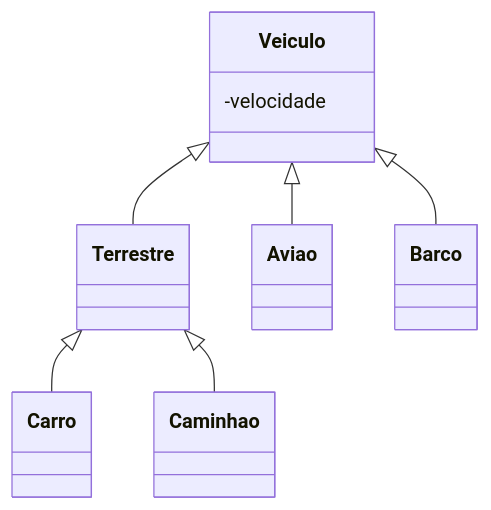
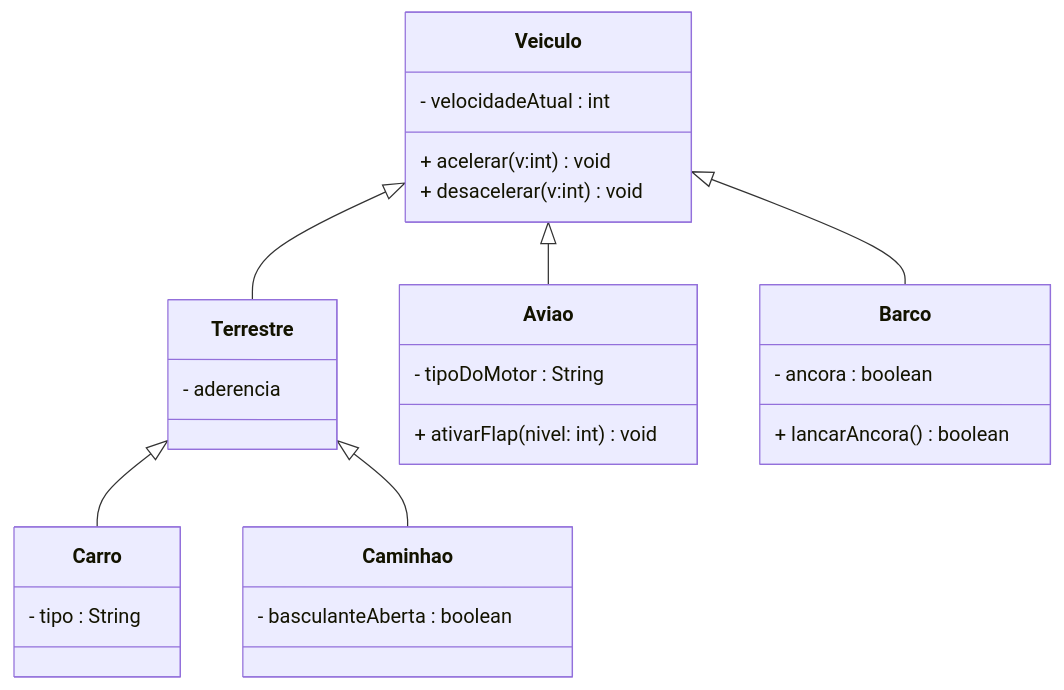
Before and after one commit to Gabriel-RochaF/POO: the first of 3 diagrams in aulas/2026-10-14-aula-17/README.md, drawn with Mermaid. The commit also changed 25 other files, not shown here.

````diff
--- a/aulas/2026-10-14-aula-17/README.md
+++ b/aulas/2026-10-14-aula-17/README.md
@@ -1,17 +1,31 @@
 ```mermaid
 classDiagram
     class Veiculo {
-        -velocidade
+        - velocidadeAtual : int
+        + acelerar(v:int) void
+        + desacelerar(v:int) void
     }
-    class Terrestre 
-    class Caminhao
-    class Carro
-    class Aviao
-    class Barco
+    class Terrestre {
+        - aderencia
+    }
+    class Caminhao {
+        - basculanteAberta : boolean
+    }
+    class Carro {
+        - tipo : String 
+    }
+    class Aviao {
+        - tipoDoMotor : String
+        + ativarFlap(nivel: int) void
+    }
+    class Barco {
+        - ancora : boolean
+        + lancarAncora() boolean
+    }
     Veiculo <|-- Terrestre
     Terrestre <|-- Carro
     Terrestre <|-- Caminhao
     Veiculo <|-- Aviao
     Veiculo <|-- Barco
     
 ```
````
